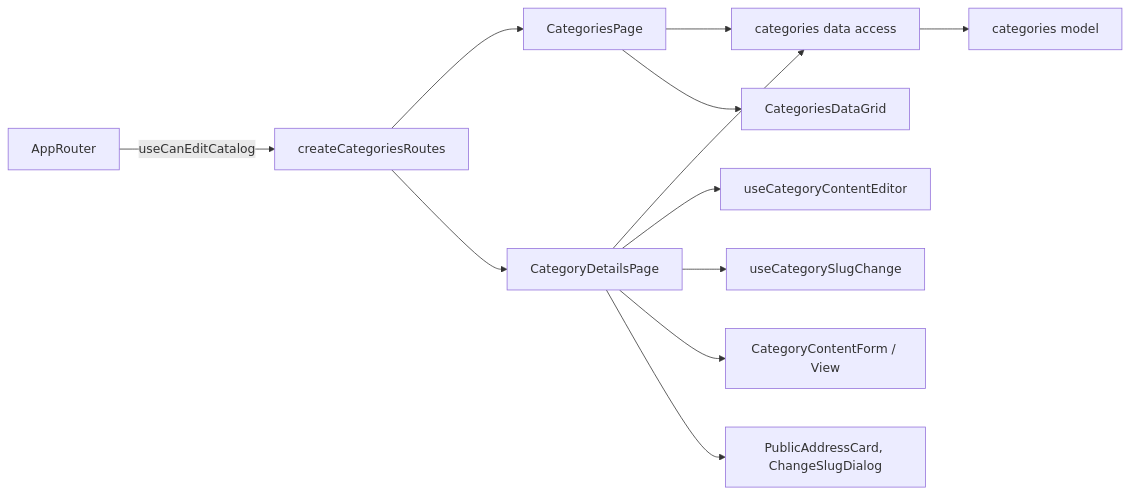
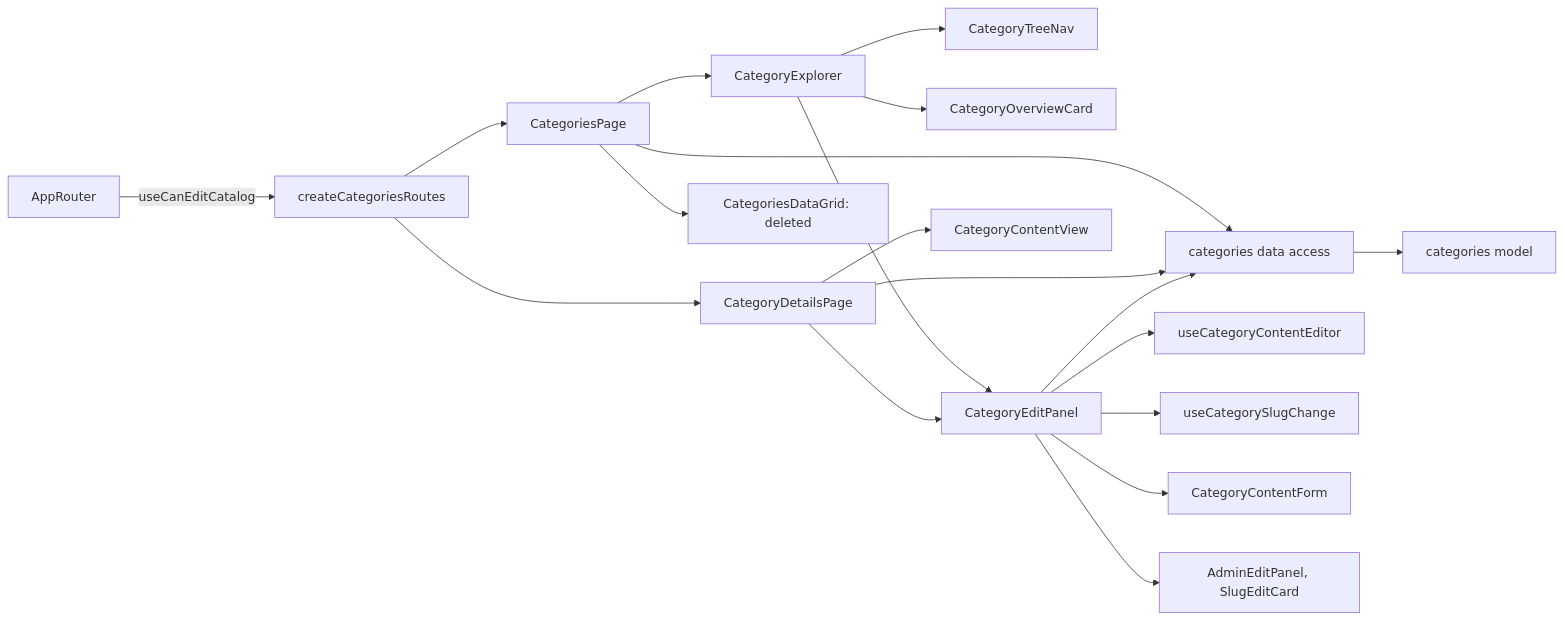
Before and after one commit to Weretik/kedr-web: the diagram in docs/features/admin/categories.md, drawn with Mermaid. The commit also changed other lines of this file and 49 other files, not shown here.

First line of the commit message:
feat(admin): right-side edit panel and the «Провідник» categories page (#49)

````diff
--- a/docs/features/admin/categories.md
+++ b/docs/features/admin/categories.md
@@ -12,14 +12,21 @@
 ```mermaid
 flowchart LR
     App[AppRouter] -->|useCanEditCatalog| Routes[createCategoriesRoutes]
     Routes --> List[CategoriesPage]
     Routes --> Detail[CategoryDetailsPage]
     List --> Api[categories data access]
     Detail --> Api
-    Detail --> Editor[useCategoryContentEditor]
-    Detail --> Slug[useCategorySlugChange]
+    List --> Explorer[CategoryExplorer]
+    Explorer --> Tree[CategoryTreeNav]
+    Explorer --> Overview[CategoryOverviewCard]
+    Explorer --> Panel[CategoryEditPanel]
+    Detail --> Panel
+    Panel --> Api
+    Panel --> Editor[useCategoryContentEditor]
+    Panel --> Slug[useCategorySlugChange]
     Api --> Model[categories model]
-    List --> Grid[CategoriesDataGrid]
-    Detail --> Content[CategoryContentForm / View]
-    Detail --> Shared[PublicAddressCard, ChangeSlugDialog]
+    List --> Grid[CategoriesDataGrid: deleted]
+    Panel --> Content[CategoryContentForm]
+    Detail --> View[CategoryContentView]
+    Panel --> Shared[AdminEditPanel, SlugEditCard]
 ```
````
